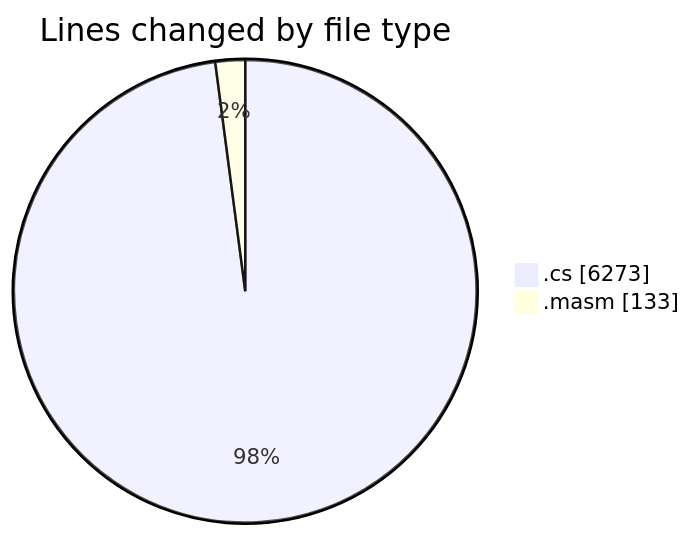
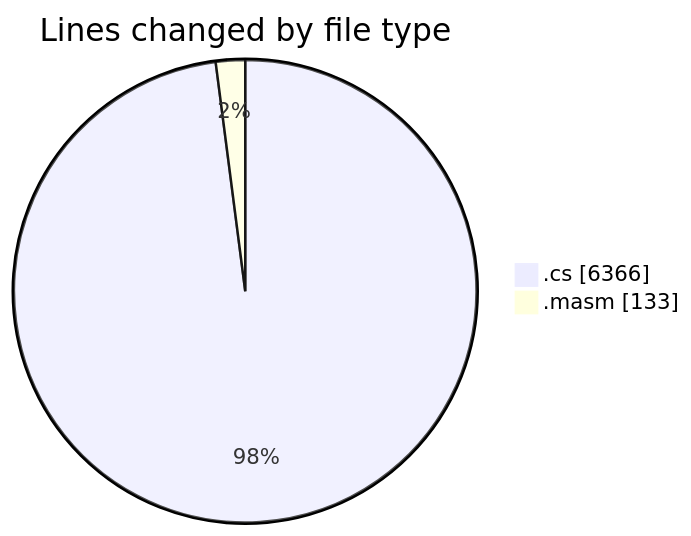
One commit to charlie-sans/code-tracking changed the first of 2 diagrams in 2025-03-17/sharpmasm/README.md. Above: the diagram before and after it, drawn with Mermaid. The commit also changed other lines of this file and 1 other file, not shown here.

````diff
--- a/2025-03-17/sharpmasm/README.md
+++ b/2025-03-17/sharpmasm/README.md
@@ -28,6 +28,6 @@
 ```mermaid
 pie showData
 title Lines changed by file type
-".cs" : 6273
+".cs" : 6366
 ".masm" : 133
 ```
````
